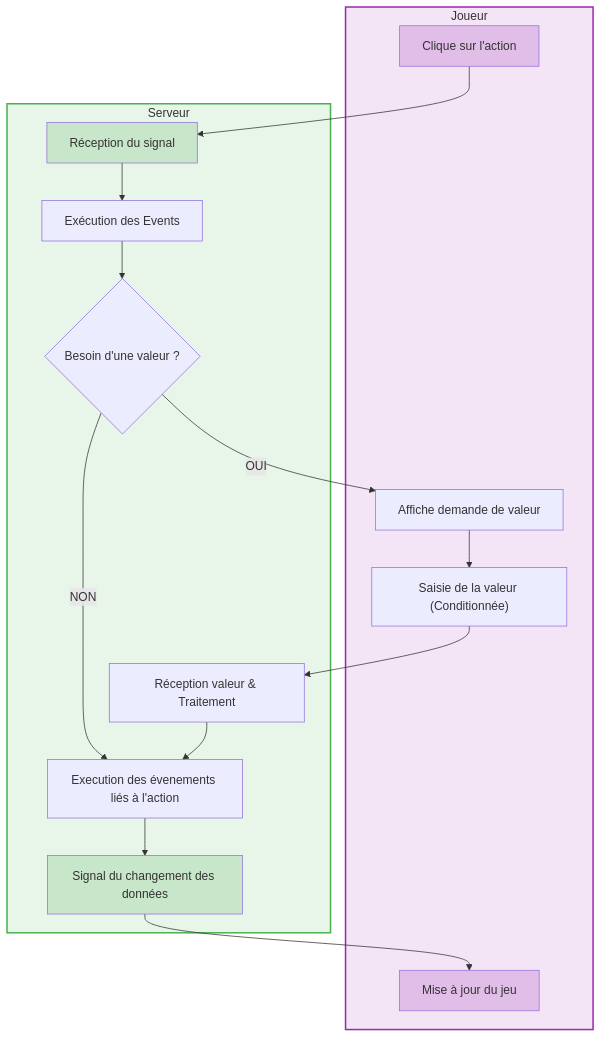
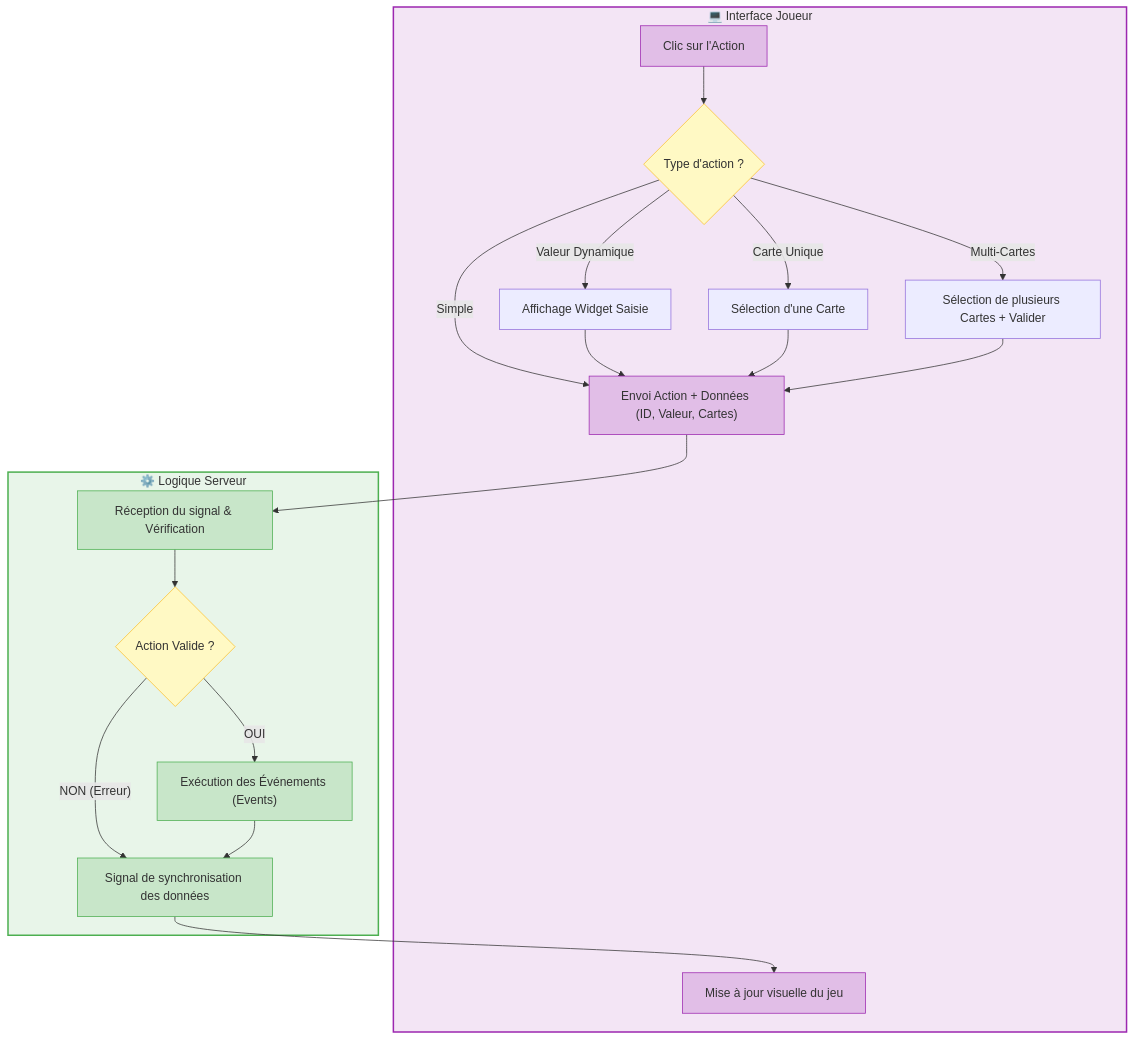
One commit to MeyDetour/CARDGames-front-end changed the diagram in Documentation/Actions.md. Above: the diagram before and after it, drawn with Mermaid. The commit also changed 22 other files, not shown here.

````diff
--- a/Documentation/Actions.md
+++ b/Documentation/Actions.md
@@ -4,40 +4,68 @@
 ```mermaid
 flowchart TB
- subgraph JOUEUR["Joueur"]
-        A@{ label: "Clique sur l'action" }
-        F["Saisie de la valeur (Conditionnée)"]
-        E_Display["Affiche demande de valeur"]
-        I["Mise à jour du jeu"]
-  end
- subgraph SERVEUR["Serveur"]
-        B["Réception du signal"]
-        C["Exécution des Events"]
-        D@{ label: "Besoin d'une valeur ?" }
-        G["Réception valeur & Traitement"]
-        J["Execution des évenements liés à l'action" ]
+    subgraph JOUEUR["💻 Interface Joueur"]
+        A["Clic sur l'Action"]
+        
+        %% Logique de sélection de type
+        TYPE{"Type d'action ?"}
+        
+        VAL["Affichage Widget Saisie"]
+        CARD1["Sélection d'une Carte"]
+        CARD_MULTI["Sélection de plusieurs Cartes + Valider"]
+        
+        SEND["Envoi Action + Données (ID, Valeur, Cartes)"]
+        
+        I["Mise à jour visuelle du jeu"]
+    end
 
-        K["Signal du changement des données" ]
-  end
-    A --> B
-    B --> C
-    C --> D
-    D -- OUI --> E_Display
-    E_Display --> F
-    F --> G
-    G --> J
-    J --> K
-    K --> I
-    D -- NON --> J
+    subgraph SERVEUR["⚙️ Logique Serveur"]
+        B["Réception du signal & Vérification"]
+        
+        CHECK{"Action Valide ?"}
+        
+        EXEC["Exécution des Événements (Events)"]
+        SYNC["Signal de synchronisation des données"]
+    end
 
-    A@{ shape: rect}
-    D@{ shape: diamond}
-    J@{ shape: rect}
-    style A fill:#E1BEE7
-    style I fill:#E1BEE7
-    style B fill:#C8E6C9
-    style K fill:#C8E6C9
+    %% Flux Joueur
+    A --> TYPE
+    
+    TYPE -- "Simple" --> SEND
+    TYPE -- "Valeur Dynamique" --> VAL
+    TYPE -- "Carte Unique" --> CARD1
+    TYPE -- "Multi-Cartes" --> CARD_MULTI
+
+    VAL --> SEND
+    CARD1 --> SEND
+    CARD_MULTI --> SEND
+
+    %% Flux Joueur -> Serveur
+    SEND --> B
+    
+    %% Flux Serveur
+    B --> CHECK
+    CHECK -- "OUI" --> EXEC
+    CHECK -- "NON (Erreur)" --> SYNC
+    
+    EXEC --> SYNC
+    
+    %% Flux Serveur -> Joueur
+    SYNC --> I
+
+    %% Styles
+    style A fill:#E1BEE7,stroke:#9c27b0
+    style SEND fill:#E1BEE7,stroke:#9c27b0
+    style I fill:#E1BEE7,stroke:#9c27b0
+    
+    style B fill:#C8E6C9,stroke:#4caf50
+    style EXEC fill:#C8E6C9,stroke:#4caf50
+    style SYNC fill:#C8E6C9,stroke:#4caf50
+    
+    style TYPE fill:#FFF9C4,stroke:#FBC02D
+    style CHECK fill:#FFF9C4,stroke:#FBC02D
+
     style JOUEUR fill:#f3e5f5,stroke:#9c27b0,stroke-width:2px
     style SERVEUR fill:#e8f5e9,stroke:#4caf50,stroke-width:2px
 
 
 ```
````
